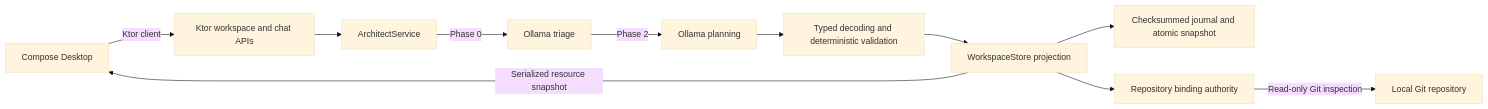
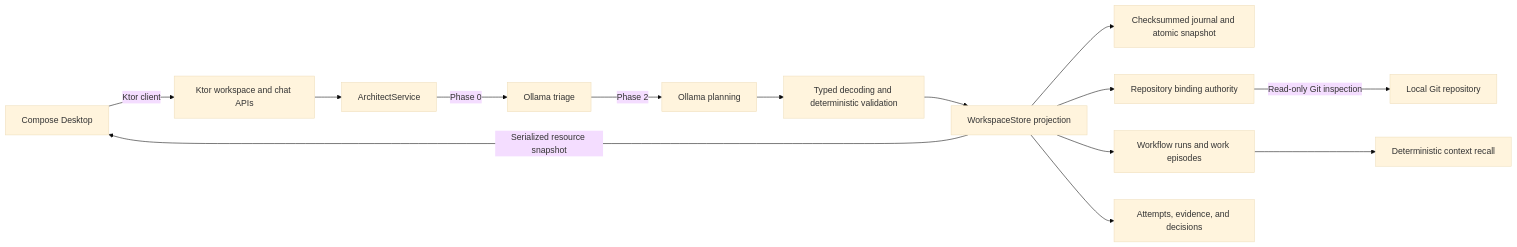
Before and after one commit to alchevrier/orchard: the diagram in README.md, drawn with Mermaid (base theme). The commit also changed other lines of this file and 11 other files, not shown here.

````diff
--- a/README.md
+++ b/README.md
@@ -84,13 +114,16 @@
 ```mermaid
 flowchart LR
     UI[Compose Desktop] -->|Ktor client| API[Ktor workspace and chat APIs]
     API --> AS[ArchitectService]
     AS -->|Phase 0| TR[Ollama triage]
     TR -->|Phase 2| PL[Ollama planning]
     PL --> VA[Typed decoding and deterministic validation]
     VA --> WS[WorkspaceStore projection]
     WS --> FS[Checksummed journal and atomic snapshot]
     WS --> RB[Repository binding authority]
     RB -->|Read-only Git inspection| GR[Local Git repository]
+    WS --> WM[Workflow runs and work episodes]
+    WS --> WE[Attempts, evidence, and decisions]
+    WM --> RC[Deterministic context recall]
     WS -->|Serialized resource snapshot| UI
 ```
````
